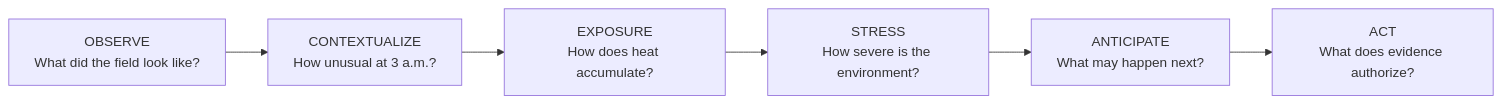
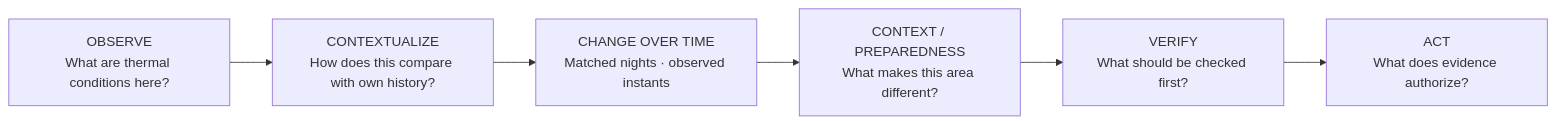
Before and after one commit to kamilkkakar/hva-signal: the second of 4 diagrams in README.md, drawn with Mermaid. The commit also changed other lines of this file, not shown here.

````diff
--- a/README.md
+++ b/README.md
@@ -88,10 +91,10 @@
 ```mermaid
 flowchart LR
-  O["OBSERVE<br/>What did the field look like?"]
-  C["CONTEXTUALIZE<br/>How unusual at 3 a.m.?"]
-  E["EXPOSURE<br/>How does heat accumulate?"]
-  S["STRESS<br/>How severe is the environment?"]
-  P["ANTICIPATE<br/>What may happen next?"]
-  T["ACT<br/>What does evidence authorize?"]
-  O --> C --> E --> S --> P --> T
+  O["OBSERVE<br/>What are thermal conditions here?"]
+  C["CONTEXTUALIZE<br/>How does this compare with own history?"]
+  T["CHANGE OVER TIME<br/>Matched nights · observed instants"]
+  V["CONTEXT / PREPAREDNESS<br/>What makes this area different?"]
+  R["VERIFY<br/>What should be checked first?"]
+  A["ACT<br/>What does evidence authorize?"]
+  O --> C --> T --> V --> R --> A
 ```
````
